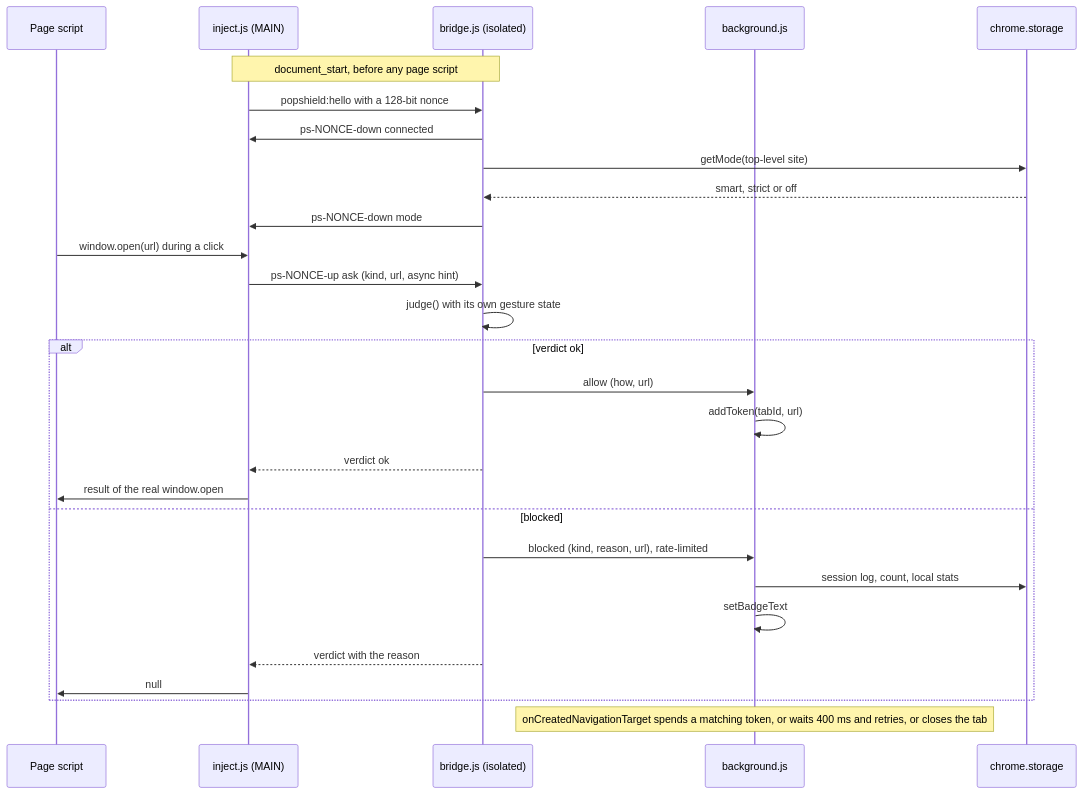
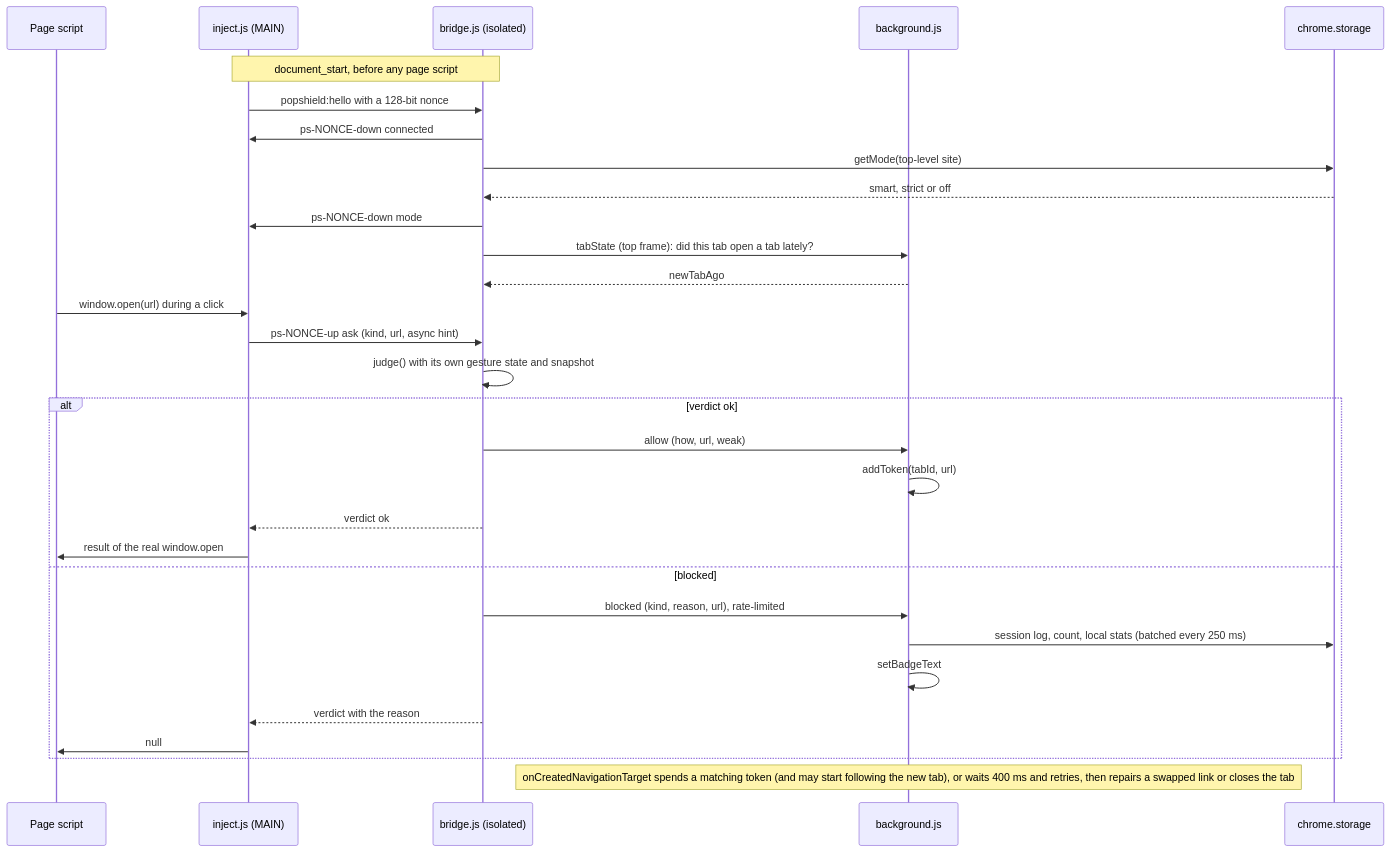
One commit to madironman/popshield changed the second of 4 diagrams in docs/ARCHITECTURE.md. Above: the diagram before and after it, drawn with Mermaid. The commit also changed other lines of this file and 23 other files, not shown here.

````diff
--- a/docs/ARCHITECTURE.md
+++ b/docs/ARCHITECTURE.md
@@ -73,31 +77,33 @@
 ```mermaid
 sequenceDiagram
     participant P as Page script
     participant I as inject.js (MAIN)
     participant B as bridge.js (isolated)
     participant W as background.js
     participant S as chrome.storage
 
     Note over I,B: document_start, before any page script
     I->>B: popshield:hello with a 128-bit nonce
     B->>I: ps-NONCE-down connected
     B->>S: getMode(top-level site)
     S-->>B: smart, strict or off
     B->>I: ps-NONCE-down mode
+    B->>W: tabState (top frame): did this tab open a tab lately?
+    W-->>B: newTabAgo
     P->>I: window.open(url) during a click
     I->>B: ps-NONCE-up ask (kind, url, async hint)
-    B->>B: judge() with its own gesture state
+    B->>B: judge() with its own gesture state and snapshot
     alt verdict ok
-        B->>W: allow (how, url)
+        B->>W: allow (how, url, weak)
         W->>W: addToken(tabId, url)
         B-->>I: verdict ok
         I->>P: result of the real window.open
     else blocked
         B->>W: blocked (kind, reason, url), rate-limited
-        W->>S: session log, count, local stats
+        W->>S: session log, count, local stats (batched every 250 ms)
         W->>W: setBadgeText
         B-->>I: verdict with the reason
         I->>P: null
     end
-    Note over W: onCreatedNavigationTarget spends a matching token, or waits 400 ms and retries, or closes the tab
+    Note over W: onCreatedNavigationTarget spends a matching token (and may start following the new tab), or waits 400 ms and retries, then repairs a swapped link or closes the tab
 ```
````
